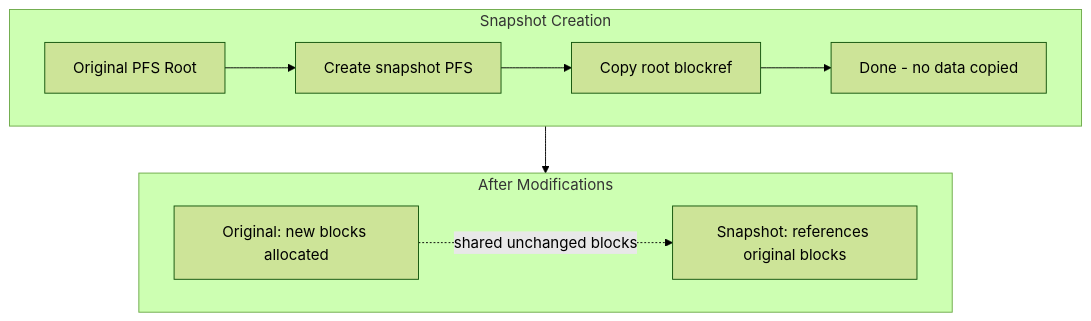
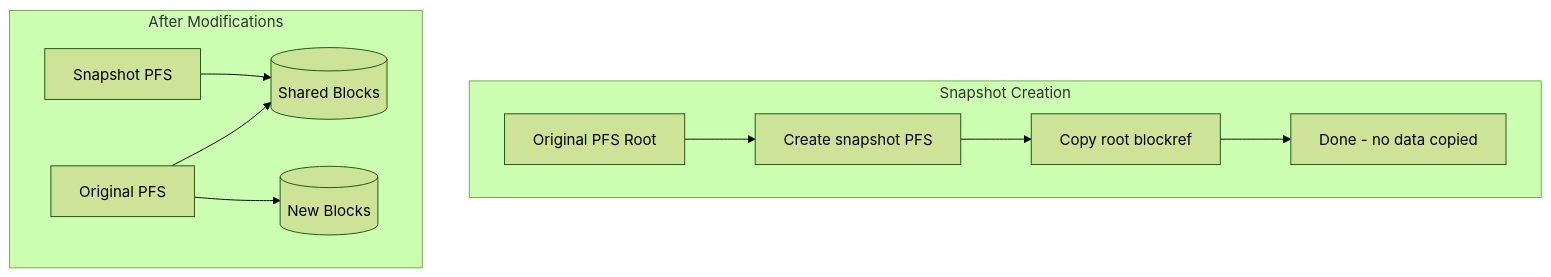
One commit to tuxillo/dragonflybsd-source-docs changed the seventh of 7 diagrams in docs/sys/vfs/hammer2/index.md. Above: the diagram before and after it, drawn with Mermaid (forest theme). The commit also changed other lines of this file, not shown here.

First line of the commit message:
docs/hammer2: fix diagrams in overview page

````diff
--- a/docs/sys/vfs/hammer2/index.md
+++ b/docs/sys/vfs/hammer2/index.md
@@ -274,16 +292,17 @@
 ```mermaid
 flowchart TB
-    subgraph snap["Snapshot Creation"]
+    subgraph creation["Snapshot Creation"]
         A[Original PFS Root] --> B[Create snapshot PFS]
         B --> C[Copy root blockref]
         C --> D[Done - no data copied]
     end
     
     subgraph diverge["After Modifications"]
-        E[Original: new blocks allocated]
-        F[Snapshot: references original blocks]
-        E -.-> |"shared unchanged blocks"| F
+        E[Original PFS]
+        F[Snapshot PFS]
+        G[(Shared Blocks)]
+        E --> G
+        F --> G
+        E --> H[(New Blocks)]
     end
-    
-    snap --> diverge
 ```
````
